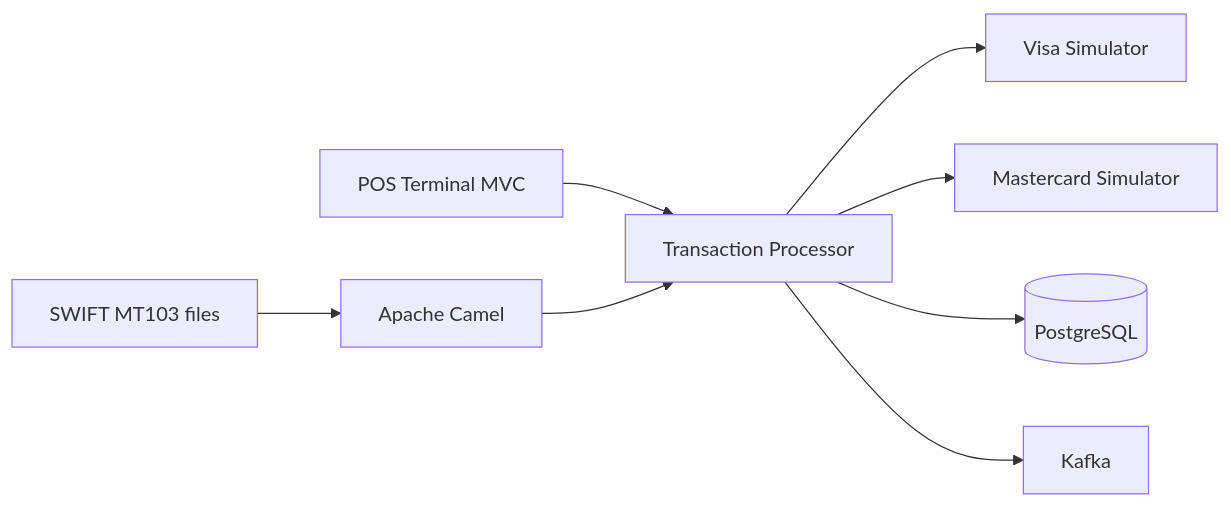
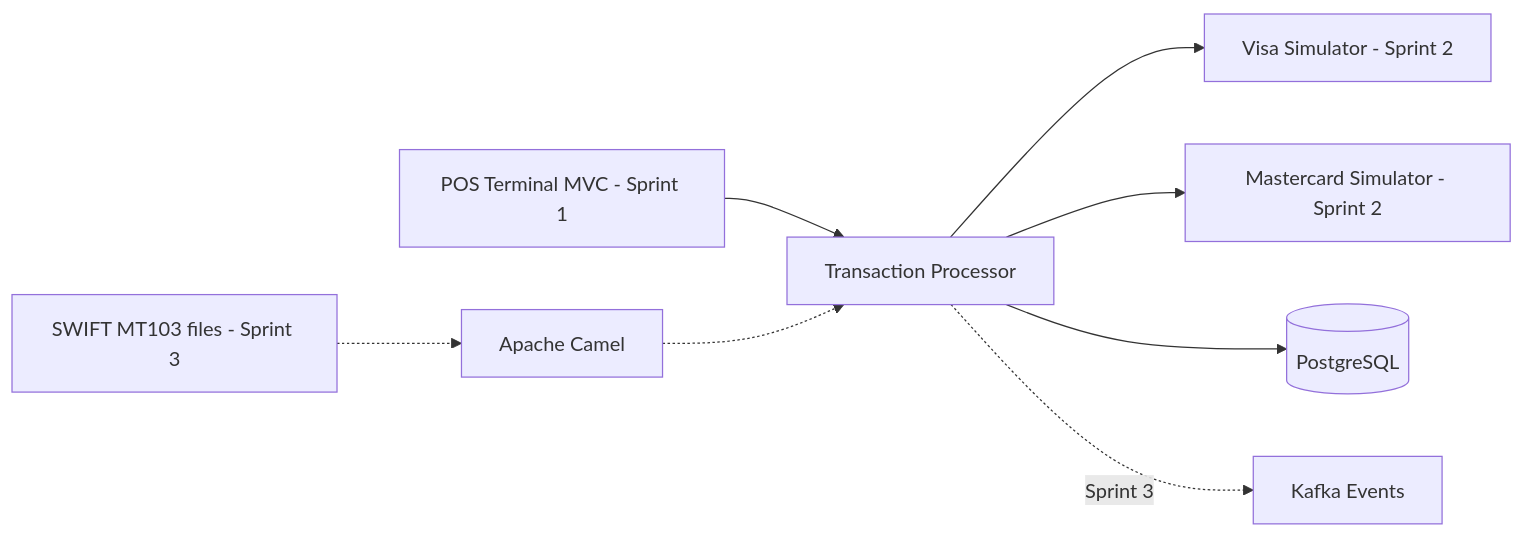
Before and after one commit to LucasBrovetto/financial-integration-platform: the diagram in README.md, drawn with Mermaid. The commit also changed 4 other files, not shown here.

Commit message:
docs(architecture): simplify portfolio architecture diagrams

````diff
--- a/README.md
+++ b/README.md
@@ -26,9 +26,9 @@
 ```mermaid
 flowchart LR
-    POS[POS Terminal MVC] --> Processor[Transaction Processor]
-    Processor --> Visa[Visa Simulator]
-    Processor --> Mastercard[Mastercard Simulator]
+    POS[POS Terminal MVC - Sprint 1] --> Processor[Transaction Processor]
+    Processor --> Visa[Visa Simulator - Sprint 2]
+    Processor --> Mastercard[Mastercard Simulator - Sprint 2]
     Processor --> Database[(PostgreSQL)]
-    Processor --> Kafka[Kafka]
-    Swift[SWIFT MT103 files] --> Camel[Apache Camel] --> Processor
+    Processor -. Sprint 3 .-> Kafka[Kafka Events]
+    Swift[SWIFT MT103 files - Sprint 3] -.-> Camel[Apache Camel] -.-> Processor
 ```
````
